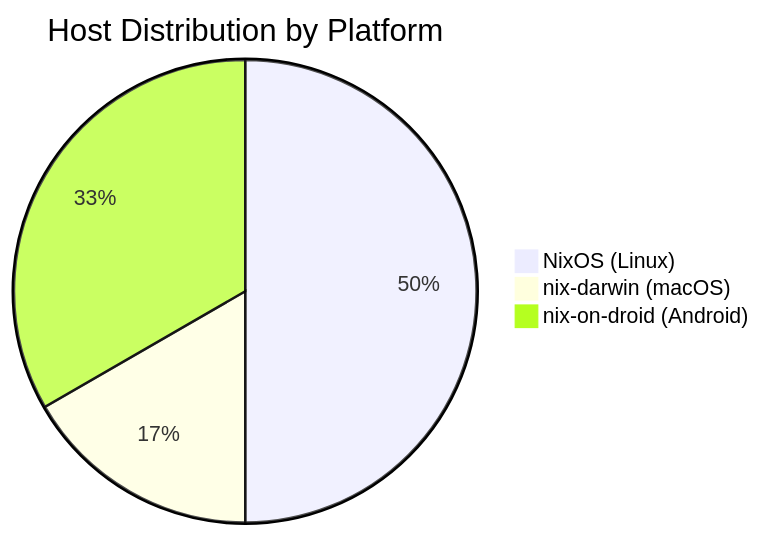
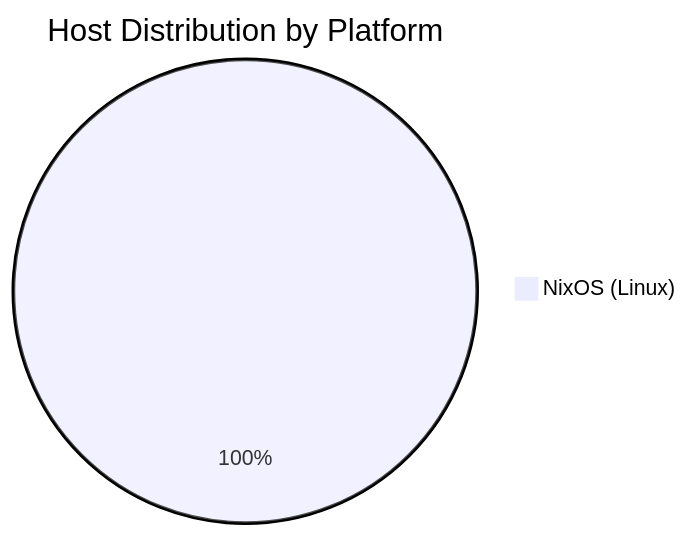
The second of 14 diagrams in docs/ARCHITECTURE.md (idjoo/dotfiles), drawn with Mermaid before and after one commit. The commit also changed other lines of this file and 3 other files, not shown here.

````diff
--- a/docs/ARCHITECTURE.md
+++ b/docs/ARCHITECTURE.md
@@ -80,6 +72,4 @@
 ```mermaid
 pie title Host Distribution by Platform
-    "NixOS (Linux)" : 3
-    "nix-darwin (macOS)" : 1
-    "nix-on-droid (Android)" : 2
+    "NixOS (Linux)" : 2
 ```
````
